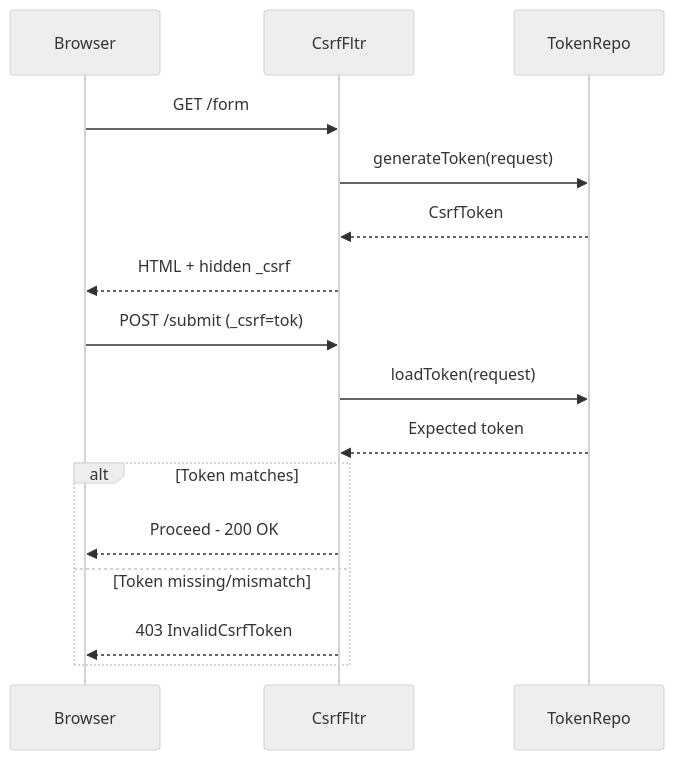
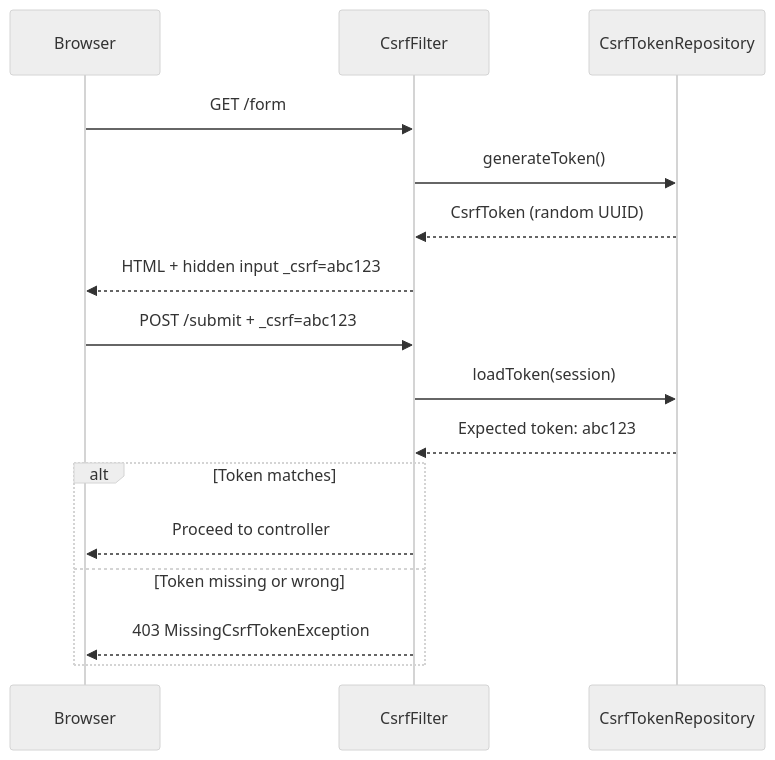
Before and after one commit to saivamsikaruturi/vamsilabs-dev-notes-main: the ninth of 11 diagrams in docs/springboot/security-filter-chain.md, drawn with Mermaid (neutral theme). The commit also changed other lines of this file and 21 other files, not shown here.

````diff
--- a/docs/springboot/security-filter-chain.md
+++ b/docs/springboot/security-filter-chain.md
@@ -726,21 +1311,21 @@
 ```mermaid
 sequenceDiagram
-    participant Brw as Browser
-    participant CF as CsrfFltr
-    participant Repo as TokenRepo
+    participant Browser as Browser
+    participant CF as CsrfFilter
+    participant Repo as CsrfTokenRepository
 
-    Brw->>CF: GET /form
-    CF->>Repo: generateToken(request)
-    Repo-->>CF: CsrfToken
-    CF-->>Brw: HTML + hidden _csrf
+    Browser->>CF: GET /form
+    CF->>Repo: generateToken()
+    Repo-->>CF: CsrfToken (random UUID)
+    CF-->>Browser: HTML + hidden input _csrf=abc123
 
-    Brw->>CF: POST /submit (_csrf=tok)
-    CF->>Repo: loadToken(request)
-    Repo-->>CF: Expected token
+    Browser->>CF: POST /submit + _csrf=abc123
+    CF->>Repo: loadToken(session)
+    Repo-->>CF: Expected token: abc123
 
     alt Token matches
-        CF-->>Brw: Proceed - 200 OK
-    else Token missing/mismatch
-        CF-->>Brw: 403 InvalidCsrfToken
+        CF-->>Browser: Proceed to controller
+    else Token missing or wrong
+        CF-->>Browser: 403 MissingCsrfTokenException
     end
 ```
````
